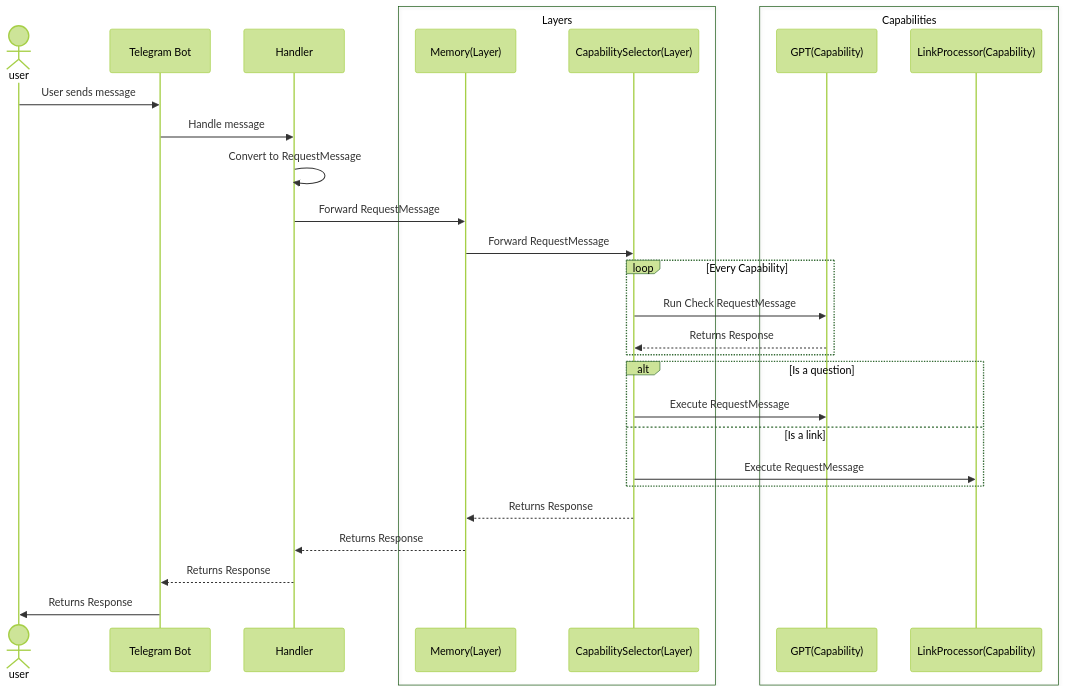
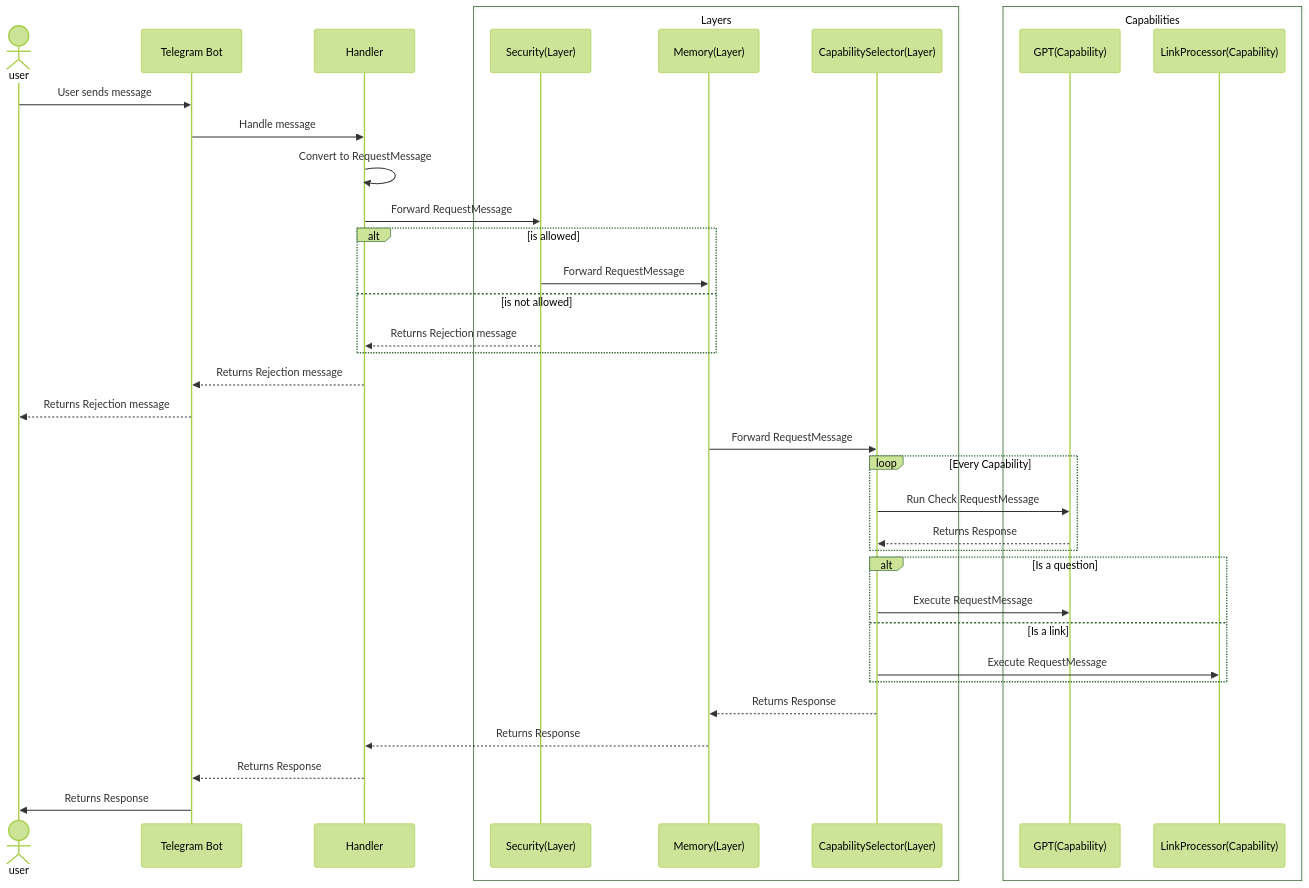
One commit to divanvisagie/ratatoskr changed the diagram in README.md. Above: the diagram before and after it, drawn with Mermaid (forest theme). The commit also changed other lines of this file, not shown here.

````diff
--- a/README.md
+++ b/README.md
@@ -16,39 +16,48 @@
 ```mermaid
 sequenceDiagram
 
     actor U as user
     participant TB as Telegram Bot
 
     participant H as Handler
     box Layers
+    participant SL as Security(Layer)
     participant ML as Memory(Layer)
     participant CS as CapabilitySelector(Layer)
     end
 
     box Capabilities
     participant G as GPT(Capability)
     participant C as LinkProcessor(Capability)
     end
 
     U->>TB: User sends message
     TB->>H: Handle message
     H->>H: Convert to RequestMessage
-    H->>ML: Forward RequestMessage
+
+    H->>SL: Forward RequestMessage
+    alt is allowed
+    SL->>ML: Forward RequestMessage
+    else is not allowed
+    SL-->>H: Returns Rejection message
+    end
+    H-->>TB: Returns Rejection message
+    TB-->>U: Returns Rejection message
     ML->>CS: Forward RequestMessage
 
     loop Every Capability
     CS->>G: Run Check RequestMessage
     G-->>CS: Returns Response
     end
 
     alt Is a question
     CS->>G: Execute RequestMessage
     else Is a link
     CS->>C: Execute RequestMessage
     end
 
     CS-->>ML: Returns Response
     ML-->>H: Returns Response
     H-->>TB: Returns Response
     TB->>U: Returns Response
 ```
````
